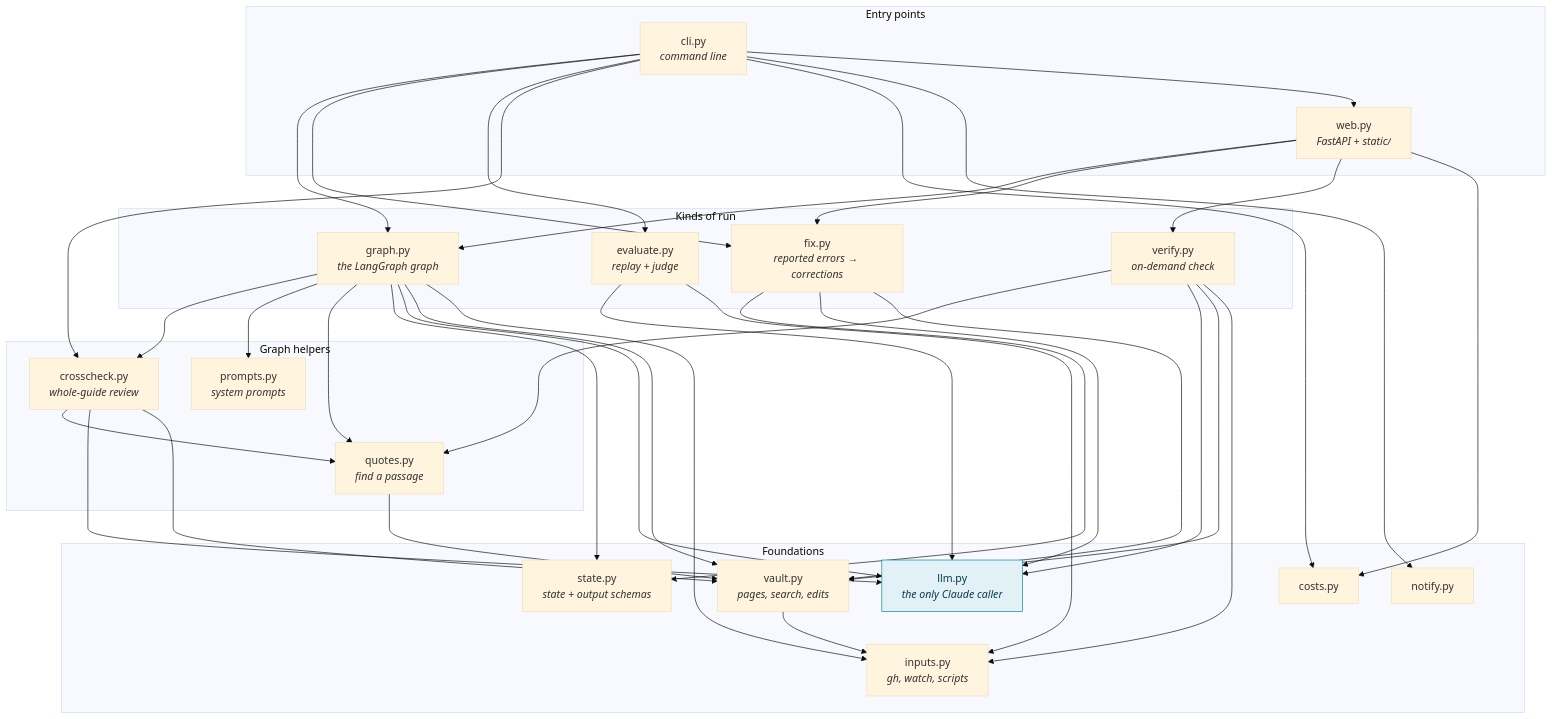
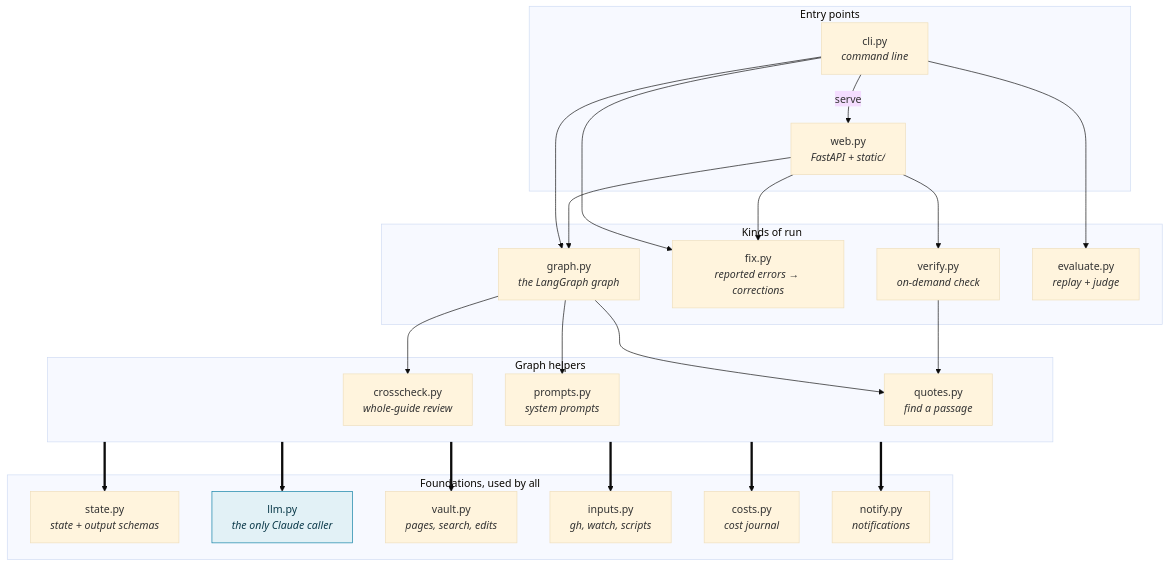
The first of 6 diagrams in docs/code.md (DamienBecherini/vault-watch-agent), drawn with Mermaid (base theme) before and after one commit. The commit also changed other lines of this file and 9 other files, not shown here.

Commit message:
Docs: readable module diagram (layers, main links only), graph steps on two rows with a table of the functions they call, links to the docs at the top of the READMEs; generated HTML copies, their build script and the markdown dependency removed (GitHub renders the Mermaid diagrams)

````diff
--- a/docs/code.md
+++ b/docs/code.md
@@ -19,37 +19,34 @@
 ```mermaid
 flowchart TB
   subgraph entry["Entry points"]
     cli["cli.py<br/><i>command line</i>"]
     web["web.py<br/><i>FastAPI + static/</i>"]
   end
   subgraph runs["Kinds of run"]
     graphpy["graph.py<br/><i>the LangGraph graph</i>"]
     fix["fix.py<br/><i>reported errors → corrections</i>"]
     verify["verify.py<br/><i>on-demand check</i>"]
     evaluate["evaluate.py<br/><i>replay + judge</i>"]
   end
   subgraph steps["Graph helpers"]
     crosscheck["crosscheck.py<br/><i>whole-guide review</i>"]
     prompts["prompts.py<br/><i>system prompts</i>"]
     quotes["quotes.py<br/><i>find a passage</i>"]
   end
-  subgraph base["Foundations"]
+  subgraph base["Foundations, used by all"]
     state["state.py<br/><i>state + output schemas</i>"]
     llm["llm.py<br/><i>the only Claude caller</i>"]
     vault["vault.py<br/><i>pages, search, edits</i>"]
     inputs["inputs.py<br/><i>gh, watch, scripts</i>"]
-    costs["costs.py"]
-    notify["notify.py"]
+    costs["costs.py<br/><i>cost journal</i>"]
+    notify["notify.py<br/><i>notifications</i>"]
   end
-  cli --> graphpy & fix & evaluate & crosscheck & costs & notify & web
-  web --> graphpy & fix & verify & costs
-  graphpy --> crosscheck & prompts & quotes & state & llm & vault & inputs
-  fix --> state & llm & vault
-  verify --> quotes & llm & vault & inputs
-  evaluate --> llm & inputs
-  crosscheck --> quotes & llm & vault
-  quotes --> vault
-  vault --> inputs
+  cli -->|"serve"| web
+  cli --> graphpy & fix & evaluate
+  web --> graphpy & fix & verify
+  graphpy --> crosscheck & prompts & quotes
+  verify --> quotes
+  steps ==> state & llm & vault & inputs & costs & notify
   classDef model fill:#e2f1f6,stroke:#0a7ea4,color:#0b3a4a
   class llm model
 ```
````
